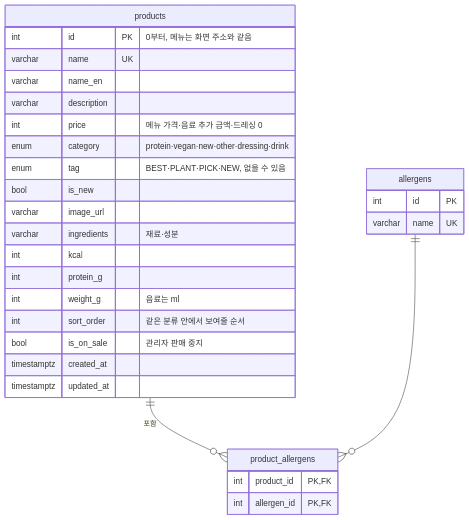
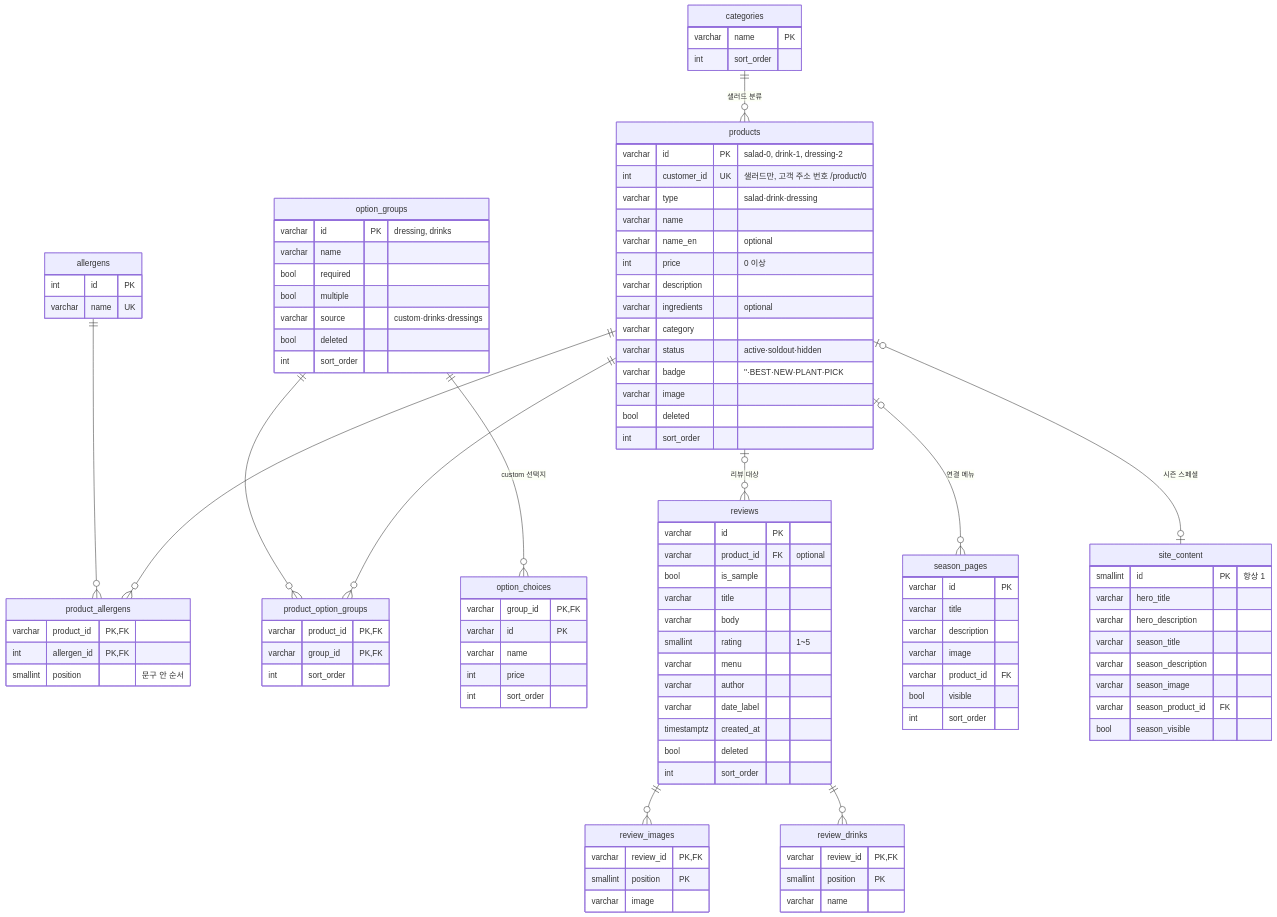
Before and after one commit to KANT-2/Front-5: the diagram in docs/db-design.md, drawn with Mermaid. The commit also changed other lines of this file and 2 other files, not shown here.

Commit message:
feat: 관리자 카탈로그 기준 PostgreSQL 스키마 설계 (#24)
* feat: 관리자 카탈로그 기준 PostgreSQL 스키마 설계

- db/schema.sql: catalogSchema 를 옮긴 테이블 13개 (products, option_groups, option_choices,
  product_option_groups, categories, ingredients, reviews, review_images, review_drinks,
  site_content, season_pages, store_location, catalog_meta)
- db/seed.sql: lib/admin/imported-catalog.json 을 그대로 옮긴 초기 데이터
- docs/db-design.md: ERD, JSON ↔ 테이블 매핑, 설계 결정, store.ts 교체 계획

* docs: 최신 main(#23) 의 store.ts 변경을 DB 설계에 반영

- 교체 대상 함수에 appendCustomerReview(고객 리뷰 저장) 추가
- writeCatalog 의 customerId 부여 규칙, customerSeed 초기 데이터 반영
- seed.sql 이 imported-catalog.json 기준이라 DB 연결 때 다시 만들 것 명시

* fix: PR #24 리뷰 반영 (알레르기 연관 테이블, 범위 체크·via·재료 제거)

- 정수 범위 체크 제거: customer_id, 가격 상한, 사진·음료 position (가격 0 이상·별점 1~5 만 유지)
- 알레르기: products.allergens 문자열 → allergens + product_allergens(N:M, position 으로 순서 보존)
- reviews.via 삭제 (배달 고정)
- ingredients(bowl match) 테이블 제외, 후속 작업으로 문서화
- seed.sql 을 customerSeed() 결과로 다시 생성 (상품 21, 알레르기 12종, 리뷰 48)
- PGlite 로 schema·seed 실행과 제약 조건 재검증

---------

````diff
--- a/docs/db-design.md
+++ b/docs/db-design.md
@@ -16,33 +15,108 @@
 ```mermaid
 erDiagram
-  products ||--o{ product_allergens : "포함"
+  categories ||--o{ products : "샐러드 분류"
+  products ||--o{ product_allergens : ""
   allergens ||--o{ product_allergens : ""
+  products ||--o{ product_option_groups : ""
+  option_groups ||--o{ product_option_groups : ""
+  option_groups ||--o{ option_choices : "custom 선택지"
+  products |o--o{ reviews : "리뷰 대상"
+  reviews ||--o{ review_images : ""
+  reviews ||--o{ review_drinks : ""
+  products |o--o{ season_pages : "연결 메뉴"
+  products |o--o| site_content : "시즌 스페셜"
 
   products {
-    int id PK "0부터, 메뉴는 화면 주소와 같음"
-    varchar name UK
-    varchar name_en
+    varchar id PK "salad-0, drink-1, dressing-2"
+    int customer_id UK "샐러드만, 고객 주소 번호 /product/0"
+    varchar type "salad·drink·dressing"
+    varchar name
+    varchar name_en "optional"
+    int price "0 이상"
     varchar description
-    int price "메뉴 가격·음료 추가 금액·드레싱 0"
-    enum category "protein·vegan·new·other·dressing·drink"
-    enum tag "BEST·PLANT·PICK·NEW, 없을 수 있음"
-    bool is_new
-    varchar image_url
-    varchar ingredients "재료·성분"
-    int kcal
-    int protein_g
-    int weight_g "음료는 ml"
-    int sort_order "같은 분류 안에서 보여줄 순서"
-    bool is_on_sale "관리자 판매 중지"
-    timestamptz created_at
-    timestamptz updated_at
+    varchar ingredients "optional"
+    varchar category
+    varchar status "active·soldout·hidden"
+    varchar badge "''·BEST·NEW·PLANT·PICK"
+    varchar image
+    bool deleted
+    int sort_order
   }
   allergens {
     int id PK
     varchar name UK
   }
   product_allergens {
-    int product_id PK,FK
+    varchar product_id PK,FK
     int allergen_id PK,FK
+    smallint position "문구 안 순서"
+  }
+  categories {
+    varchar name PK
+    int sort_order
+  }
+  option_groups {
+    varchar id PK "dressing, drinks"
+    varchar name
+    bool required
+    bool multiple
+    varchar source "custom·drinks·dressings"
+    bool deleted
+    int sort_order
+  }
+  option_choices {
+    varchar group_id PK,FK
+    varchar id PK
+    varchar name
+    int price
+    int sort_order
+  }
+  product_option_groups {
+    varchar product_id PK,FK
+    varchar group_id PK,FK
+    int sort_order
+  }
+  reviews {
+    varchar id PK
+    varchar product_id FK "optional"
+    bool is_sample
+    varchar title
+    varchar body
+    smallint rating "1~5"
+    varchar menu
+    varchar author
+    varchar date_label
+    timestamptz created_at
+    bool deleted
+    int sort_order
+  }
+  review_images {
+    varchar review_id PK,FK
+    smallint position PK
+    varchar image
+  }
+  review_drinks {
+    varchar review_id PK,FK
+    smallint position PK
+    varchar name
+  }
+  site_content {
+    smallint id PK "항상 1"
+    varchar hero_title
+    varchar hero_description
+    varchar season_title
+    varchar season_description
+    varchar season_image
+    varchar season_product_id FK
+    bool season_visible
+  }
+  season_pages {
+    varchar id PK
+    varchar title
+    varchar description
+    varchar image
+    varchar product_id FK
+    bool visible
+    int sort_order
   }
 ```
````
